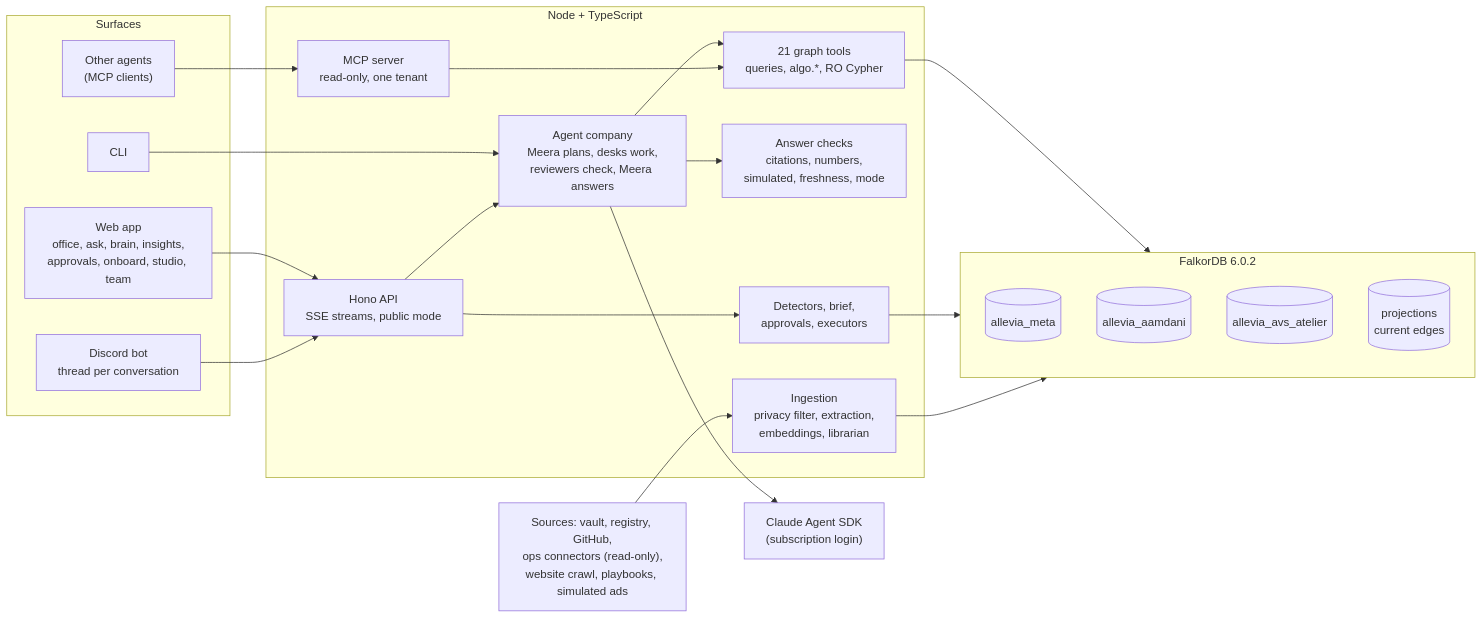
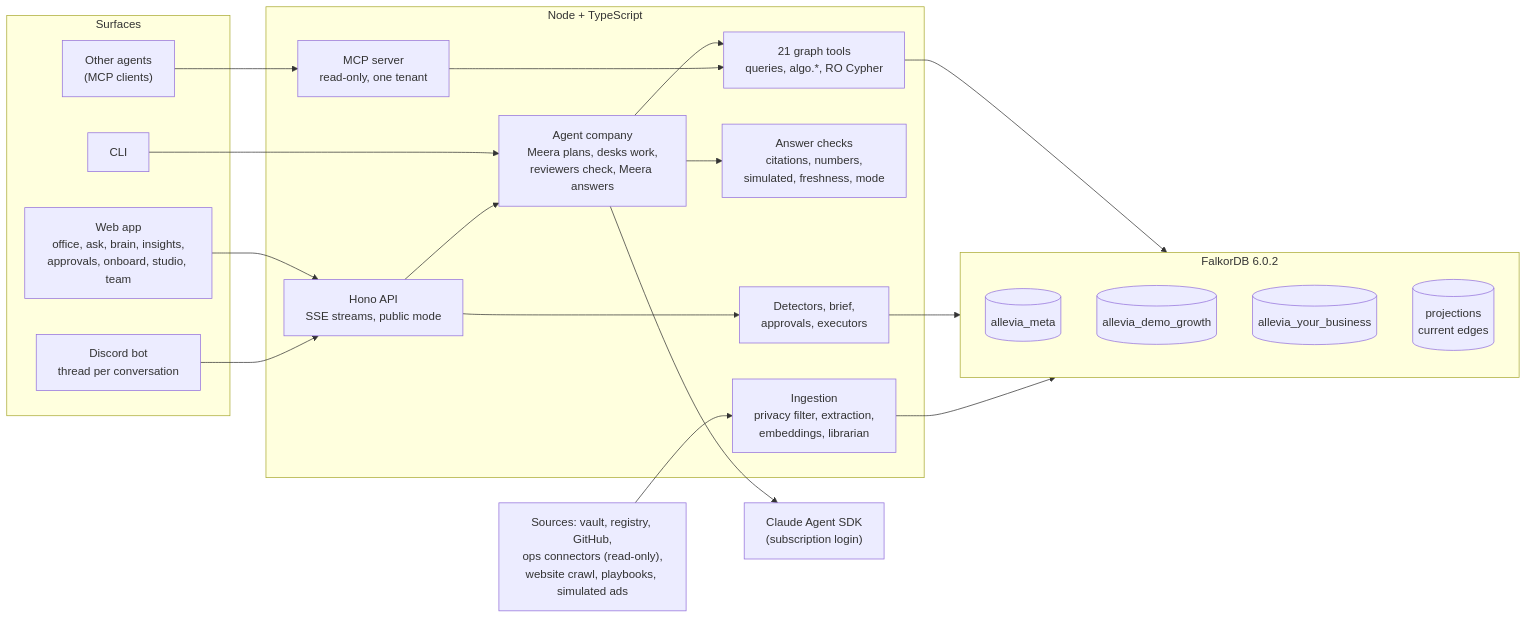
The fifth of 5 diagrams in README.md (Ankit-Vohra/allevia-company-brain), drawn with Mermaid before and after one commit. The commit also changed other lines of this file and 4 other files, not shown here.

Commit message:
README: a 60-second top (what it is, hero use case with its graph path, why FalkorDB, tracks, data model, run it, what is live, AI tools, licence), synthetic screenshots, setup steps checked on a clean copy; public replay matches questions ignoring hyphens and punctuation

````diff
--- a/README.md
+++ b/README.md
@@ -233,40 +385,40 @@
 ```mermaid
 flowchart LR
   subgraph Surfaces
     WEB["Web app<br/>office, ask, brain, insights,<br/>approvals, onboard, studio, team"]
     DIS["Discord bot<br/>thread per conversation"]
     MCPC["Other agents<br/>(MCP clients)"]
     CLI["CLI"]
   end
   subgraph Server["Node + TypeScript"]
     API["Hono API<br/>SSE streams, public mode"]
     ORCH["Agent company<br/>Meera plans, desks work,<br/>reviewers check, Meera answers"]
     TOOLS["21 graph tools<br/>queries, algo.*, RO Cypher"]
     CHK["Answer checks<br/>citations, numbers,<br/>simulated, freshness, mode"]
     INS["Detectors, brief,<br/>approvals, executors"]
     ING["Ingestion<br/>privacy filter, extraction,<br/>embeddings, librarian"]
     MCPS["MCP server<br/>read-only, one tenant"]
   end
   SDK["Claude Agent SDK<br/>(subscription login)"]
   subgraph FDB["FalkorDB 6.0.2"]
     META[("allevia_meta")]
-    T1[("allevia_aamdani")]
-    T2[("allevia_avs_atelier")]
+    T1[("allevia_demo_growth")]
+    T2[("allevia_your_business")]
     PROJ[("projections<br/>current edges")]
   end
   SRC["Sources: vault, registry, GitHub,<br/>ops connectors (read-only),<br/>website crawl, playbooks, simulated ads"]
 
   WEB --> API
   DIS --> API
   CLI --> ORCH
   MCPC --> MCPS
   API --> ORCH
   ORCH --> SDK
   ORCH --> TOOLS
   ORCH --> CHK
   API --> INS
   TOOLS --> FDB
   MCPS --> TOOLS
   INS --> FDB
   SRC --> ING --> FDB
 ```
````
